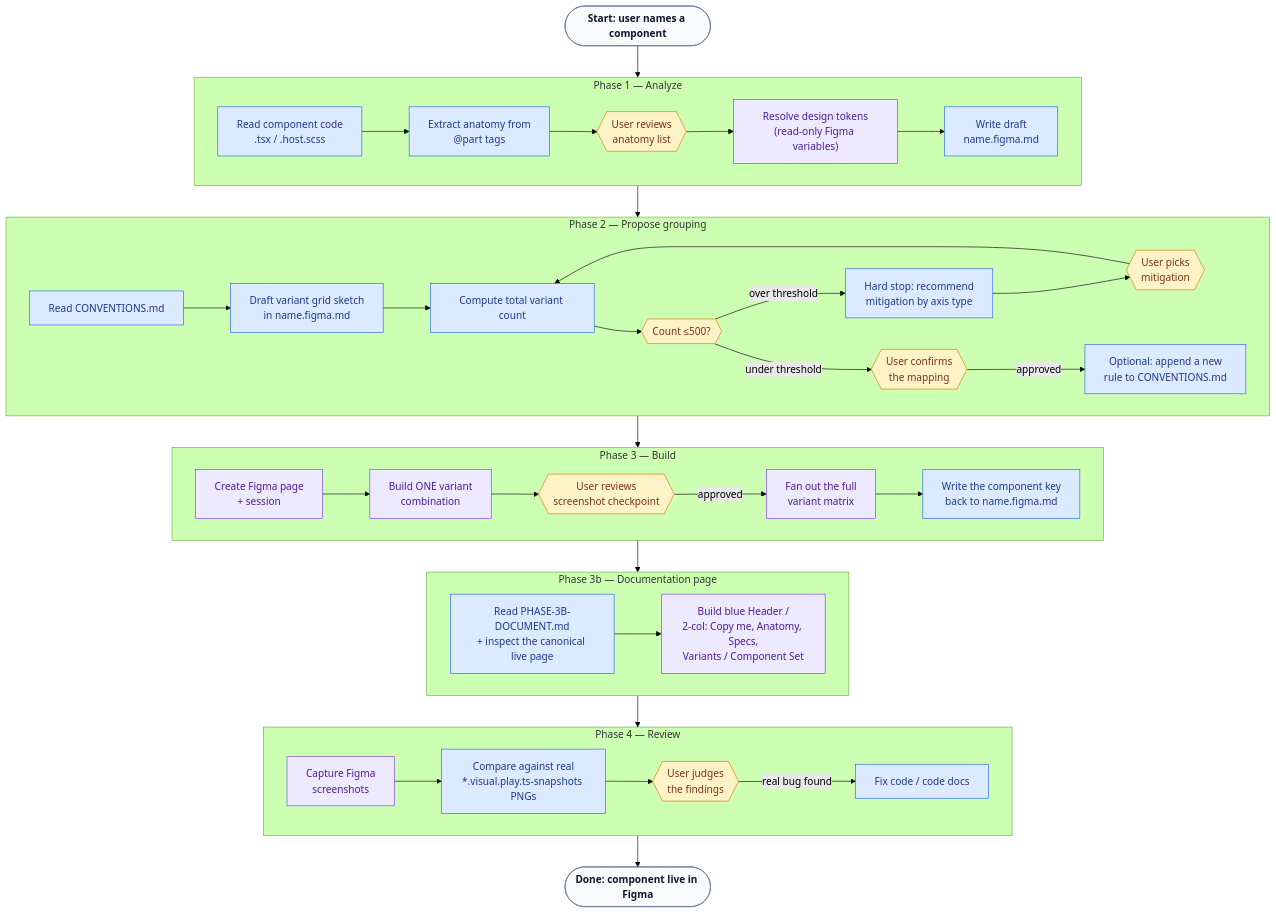
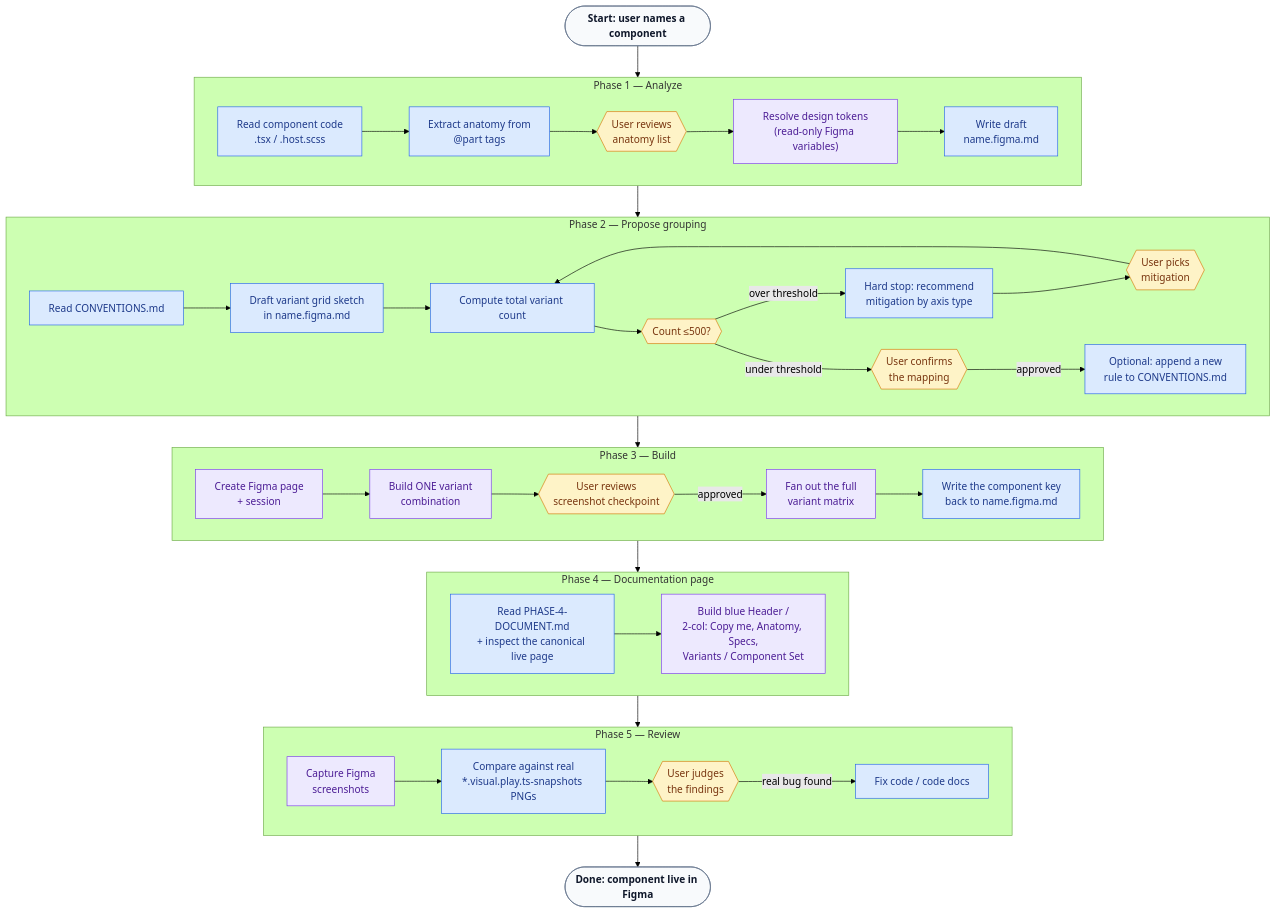
Before and after one commit to helvetia-design/system: the diagram in .claude/skills/ds-figma-component/SKILL.md, drawn with Mermaid (forest theme). The commit also changed other lines of this file and 6 other files, not shown here.

````diff
--- a/.claude/skills/ds-figma-component/SKILL.md
+++ b/.claude/skills/ds-figma-component/SKILL.md
@@ -25,59 +25,59 @@
 ```mermaid
 flowchart TD
     classDef code fill:#dbeafe,stroke:#2563eb,color:#1e3a8a
     classDef figma fill:#ede9fe,stroke:#7c3aed,color:#4c1d95
     classDef human fill:#fef3c7,stroke:#d97706,color:#78350f
     classDef phase fill:#f8fafc,stroke:#64748b,color:#0f172a,font-weight:bold
 
     Start(["Start: user names a component"]):::phase --> P1G
 
     subgraph P1G["Phase 1 — Analyze"]
         direction LR
         P1a["Read component code<br/>.tsx / .host.scss"]:::code --> P1anat["Extract anatomy from<br/>@part tags"]:::code
         P1anat --> P1anatC{{"User reviews<br/>anatomy list"}}:::human
         P1anatC --> P1b["Resolve design tokens<br/>(read-only Figma variables)"]:::figma
         P1b --> P1c["Write draft<br/>name.figma.md"]:::code
     end
 
     P1G --> P2G
 
     subgraph P2G["Phase 2 — Propose grouping"]
         direction LR
         P2a["Read CONVENTIONS.md"]:::code --> P2b["Draft variant grid sketch<br/>in name.figma.md"]:::code
         P2b --> P2v["Compute total variant count"]:::code
         P2v --> P2check{{"Count ≤500?"}}:::human
         P2check -->|over threshold| P2w["Hard stop: recommend<br/>mitigation by axis type"]:::code
         P2w --> P2x{{"User picks<br/>mitigation"}}:::human
         P2x --> P2v
         P2check -->|under threshold| P2c{{"User confirms<br/>the mapping"}}:::human
         P2c -->|approved| P2d["Optional: append a new<br/>rule to CONVENTIONS.md"]:::code
     end
 
     P2G --> P3G
 
     subgraph P3G["Phase 3 — Build"]
         direction LR
         P3a["Create Figma page<br/>+ session"]:::figma --> P3b["Build ONE variant<br/>combination"]:::figma
         P3b --> P3c{{"User reviews<br/>screenshot checkpoint"}}:::human
         P3c -->|approved| P3d["Fan out the full<br/>variant matrix"]:::figma
         P3d --> P3e["Write the component key<br/>back to name.figma.md"]:::code
     end
 
-    P3G --> P3bG
+    P3G --> P4G
 
-    subgraph P3bG["Phase 3b — Documentation page"]
+    subgraph P4G["Phase 4 — Documentation page"]
         direction LR
-        P3ba["Read PHASE-3B-DOCUMENT.md<br/>+ inspect the canonical live page"]:::code --> P3bb["Build blue Header /<br/>2-col: Copy me, Anatomy, Specs,<br/>Variants / Component Set"]:::figma
+        P4a["Read PHASE-4-DOCUMENT.md<br/>+ inspect the canonical live page"]:::code --> P4b["Build blue Header /<br/>2-col: Copy me, Anatomy, Specs,<br/>Variants / Component Set"]:::figma
     end
 
-    P3bG --> P4G
+    P4G --> P5G
 
-    subgraph P4G["Phase 4 — Review"]
+    subgraph P5G["Phase 5 — Review"]
         direction LR
-        P4a["Capture Figma<br/>screenshots"]:::figma --> P4b["Compare against real<br/>*.visual.play.ts-snapshots PNGs"]:::code
-        P4b --> P4c{{"User judges<br/>the findings"}}:::human
-        P4c -->|real bug found| P4d["Fix code / code docs"]:::code
+        P5a["Capture Figma<br/>screenshots"]:::figma --> P5b["Compare against real<br/>*.visual.play.ts-snapshots PNGs"]:::code
+        P5b --> P5c{{"User judges<br/>the findings"}}:::human
+        P5c -->|real bug found| P5d["Fix code / code docs"]:::code
     end
 
-    P4G --> Done(["Done: component live in Figma"]):::phase
+    P5G --> Done(["Done: component live in Figma"]):::phase
 ```
````
